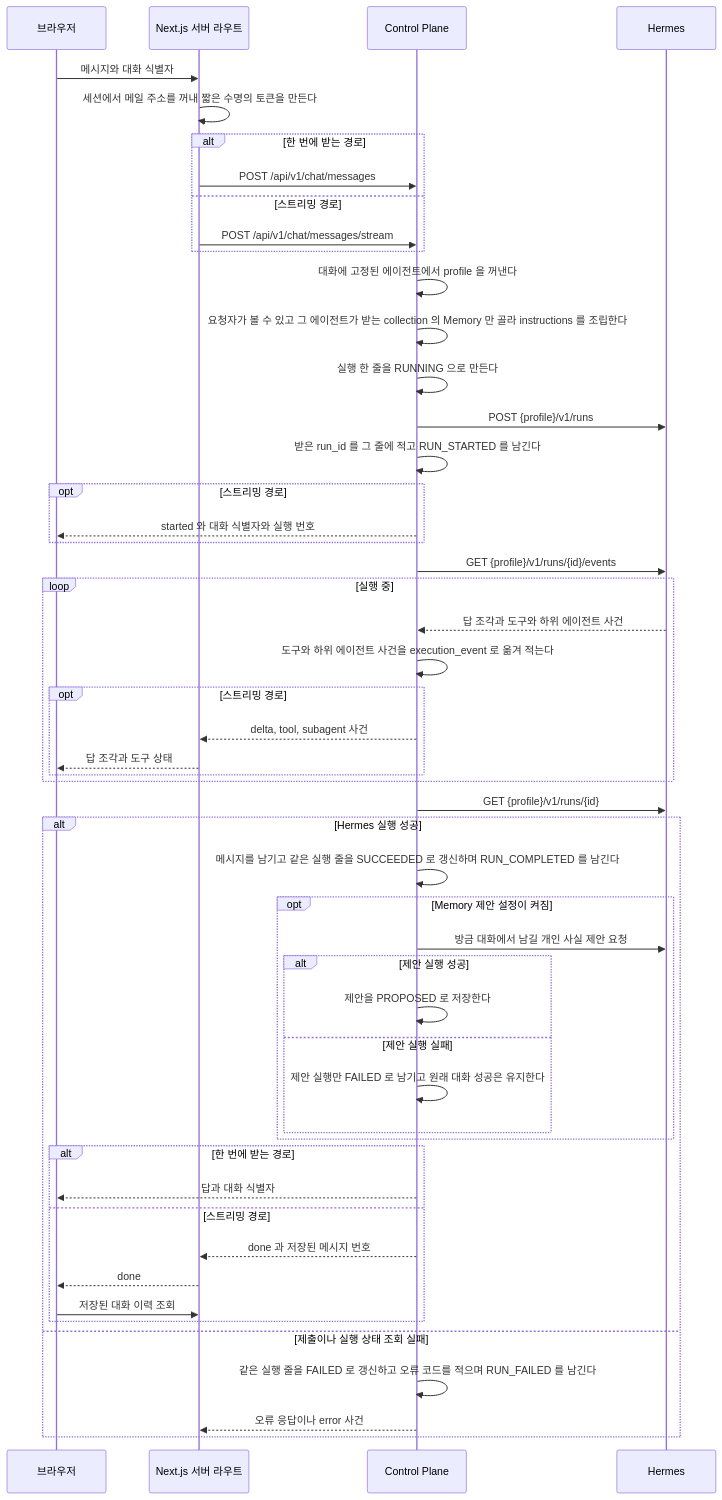
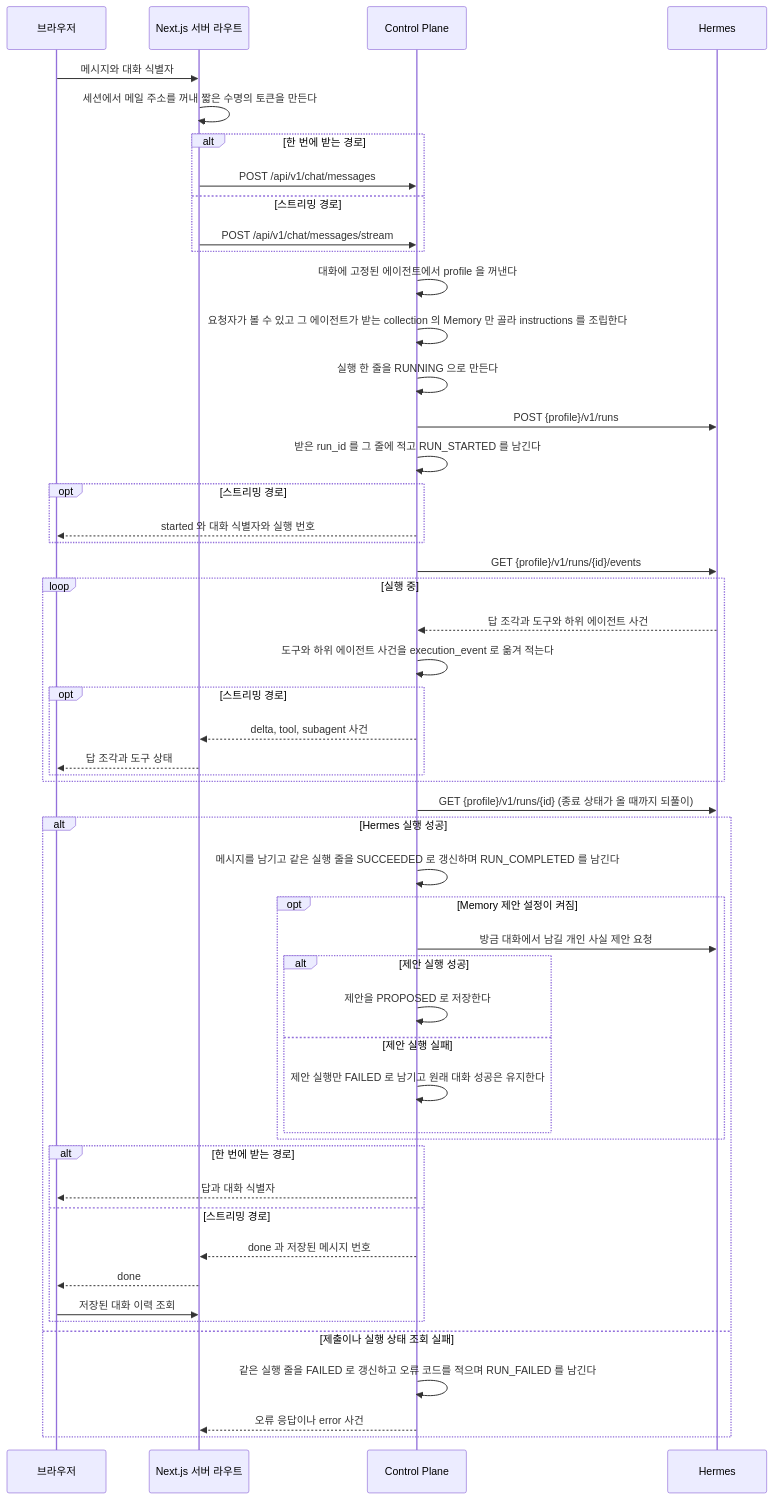
Before and after one commit to jon890/fos-assistant: the second of 6 diagrams in docs/flow.md, drawn with Mermaid. The commit also changed 4 other files, not shown here.

````diff
--- a/docs/flow.md
+++ b/docs/flow.md
@@ -62,54 +62,54 @@
 ```mermaid
 sequenceDiagram
     participant B as 브라우저
     participant W as Next.js 서버 라우트
     participant C as Control Plane
     participant H as Hermes
 
     B->>W: 메시지와 대화 식별자
     W->>W: 세션에서 메일 주소를 꺼내 짧은 수명의 토큰을 만든다
     alt 한 번에 받는 경로
         W->>C: POST /api/v1/chat/messages
     else 스트리밍 경로
         W->>C: POST /api/v1/chat/messages/stream
     end
     C->>C: 대화에 고정된 에이전트에서 profile 을 꺼낸다
     C->>C: 요청자가 볼 수 있고 그 에이전트가 받는 collection 의 Memory 만 골라 instructions 를 조립한다
     C->>C: 실행 한 줄을 RUNNING 으로 만든다
     C->>H: POST {profile}/v1/runs
     C->>C: 받은 run_id 를 그 줄에 적고 RUN_STARTED 를 남긴다
     opt 스트리밍 경로
         C-->>B: started 와 대화 식별자와 실행 번호
     end
     C->>H: GET {profile}/v1/runs/{id}/events
     loop 실행 중
         H-->>C: 답 조각과 도구와 하위 에이전트 사건
         C->>C: 도구와 하위 에이전트 사건을 execution_event 로 옮겨 적는다
         opt 스트리밍 경로
             C-->>W: delta, tool, subagent 사건
             W-->>B: 답 조각과 도구 상태
         end
     end
-    C->>H: GET {profile}/v1/runs/{id}
+    C->>H: GET {profile}/v1/runs/{id} (종료 상태가 올 때까지 되풀이)
     alt Hermes 실행 성공
         C->>C: 메시지를 남기고 같은 실행 줄을 SUCCEEDED 로 갱신하며 RUN_COMPLETED 를 남긴다
         opt Memory 제안 설정이 켜짐
             C->>H: 방금 대화에서 남길 개인 사실 제안 요청
             alt 제안 실행 성공
                 C->>C: 제안을 PROPOSED 로 저장한다
             else 제안 실행 실패
                 C->>C: 제안 실행만 FAILED 로 남기고 원래 대화 성공은 유지한다
             end
         end
         alt 한 번에 받는 경로
             C-->>B: 답과 대화 식별자
         else 스트리밍 경로
             C-->>W: done 과 저장된 메시지 번호
             W-->>B: done
             B->>W: 저장된 대화 이력 조회
         end
     else 제출이나 실행 상태 조회 실패
         C->>C: 같은 실행 줄을 FAILED 로 갱신하고 오류 코드를 적으며 RUN_FAILED 를 남긴다
         C-->>W: 오류 응답이나 error 사건
     end
 ```
````
